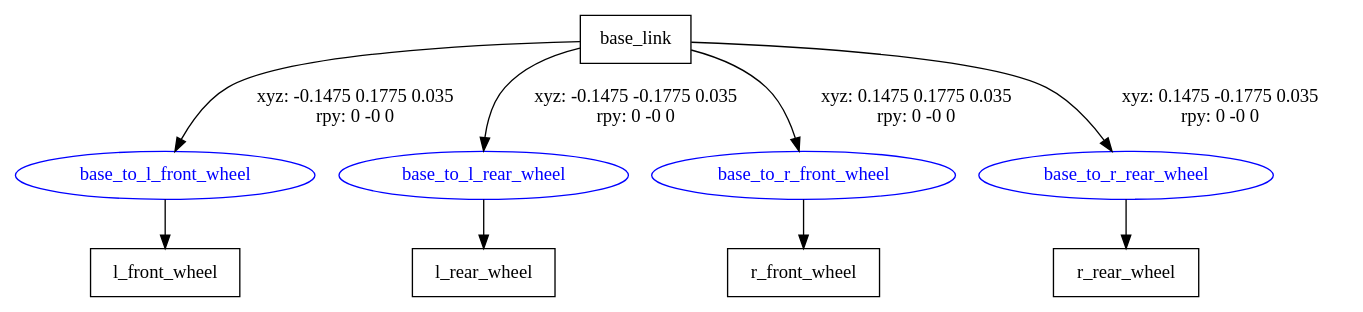
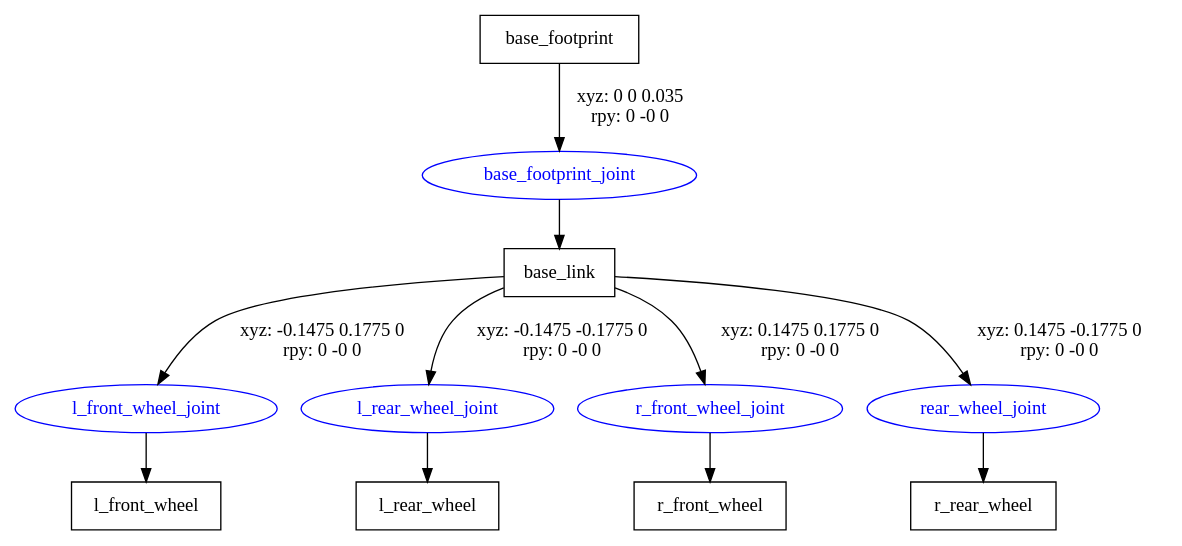
Before and after one commit to Scheik/ROS-Workspace: the diagram in src/robot_urdf/urdf/robot.gv, drawn with Graphviz. The commit also changed 5 other files, not shown here.

```diff
--- a/src/robot_urdf/urdf/robot.gv
+++ b/src/robot_urdf/urdf/robot.gv
@@ -1,17 +1,20 @@
 digraph G {
 node [shape=box];
+"base_footprint" [label="base_footprint"];
 "base_link" [label="base_link"];
 "l_front_wheel" [label="l_front_wheel"];
 "l_rear_wheel" [label="l_rear_wheel"];
 "r_front_wheel" [label="r_front_wheel"];
 "r_rear_wheel" [label="r_rear_wheel"];
 node [shape=ellipse, color=blue, fontcolor=blue];
-"base_link" -> "base_to_l_front_wheel" [label="xyz: -0.1475 0.1775 0.035 \nrpy: 0 -0 0"]
-"base_to_l_front_wheel" -> "l_front_wheel"
-"base_link" -> "base_to_l_rear_wheel" [label="xyz: -0.1475 -0.1775 0.035 \nrpy: 0 -0 0"]
-"base_to_l_rear_wheel" -> "l_rear_wheel"
-"base_link" -> "base_to_r_front_wheel" [label="xyz: 0.1475 0.1775 0.035 \nrpy: 0 -0 0"]
-"base_to_r_front_wheel" -> "r_front_wheel"
-"base_link" -> "base_to_r_rear_wheel" [label="xyz: 0.1475 -0.1775 0.035 \nrpy: 0 -0 0"]
-"base_to_r_rear_wheel" -> "r_rear_wheel"
+"base_footprint" -> "base_footprint_joint" [label="xyz: 0 0 0.035 \nrpy: 0 -0 0"]
+"base_footprint_joint" -> "base_link"
+"base_link" -> "l_front_wheel_joint" [label="xyz: -0.1475 0.1775 0 \nrpy: 0 -0 0"]
+"l_front_wheel_joint" -> "l_front_wheel"
+"base_link" -> "l_rear_wheel_joint" [label="xyz: -0.1475 -0.1775 0 \nrpy: 0 -0 0"]
+"l_rear_wheel_joint" -> "l_rear_wheel"
+"base_link" -> "r_front_wheel_joint" [label="xyz: 0.1475 0.1775 0 \nrpy: 0 -0 0"]
+"r_front_wheel_joint" -> "r_front_wheel"
+"base_link" -> "rear_wheel_joint" [label="xyz: 0.1475 -0.1775 0 \nrpy: 0 -0 0"]
+"rear_wheel_joint" -> "r_rear_wheel"
 }
```
